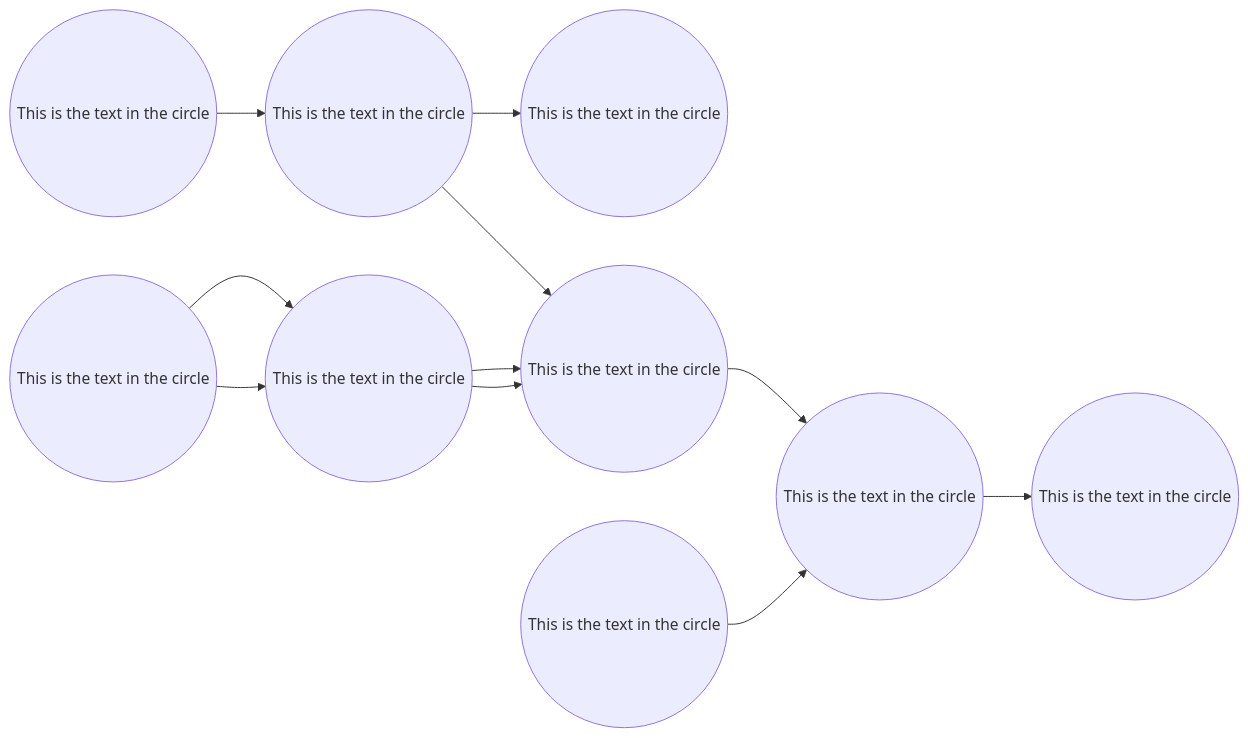
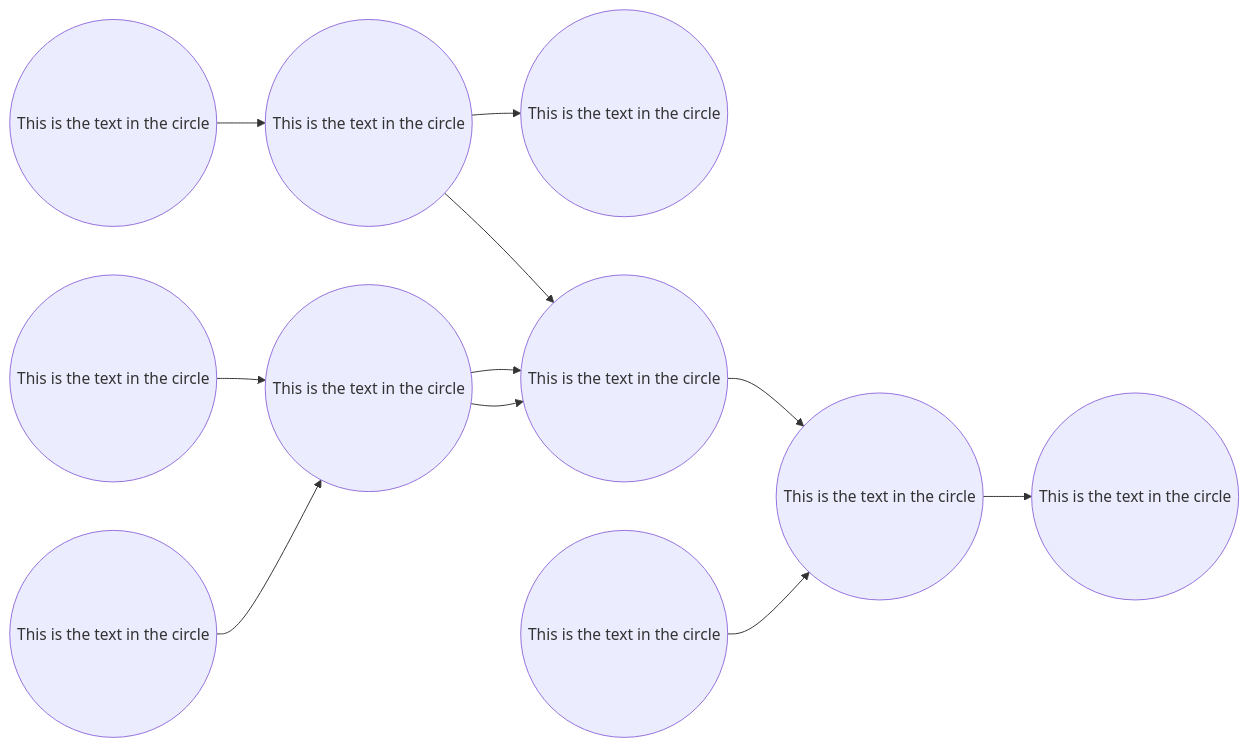
The second of 2 diagrams in slides.md (gerbssusd/dok), drawn with Mermaid before and after one commit.

````diff
--- a/slides.md
+++ b/slides.md
@@ -499,16 +499,16 @@
 ```mermaid {scale: .60}
 
 flowchart LR
     id1((This is the text in the circle)) -->
     id2((This is the text in the circle)) -->
     id3((This is the text in the circle))
        id3.1((This is the text in the circle))-->
        id3.2((This is the text in the circle))-->id4
    id2 --> id4((This is the text in the circle)) -->id6
     id5((This is the text in the circle)) -->
     id6((This is the text in the circle)) -->
     id7((This is the text in the circle))
-       id3.1((This is the text in the circle))-->
+       id.1((This is the text in the circle))-->
        id3.2((This is the text in the circle))-->id4
 
 ```
````
